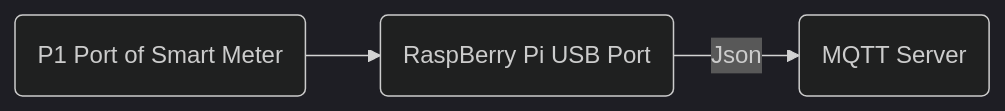
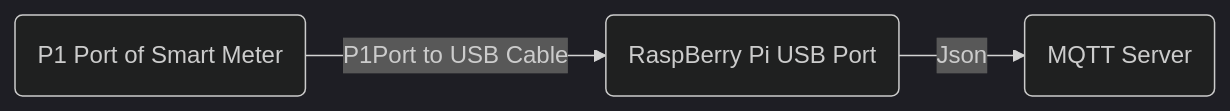
The diagram in README.md (cmyrsh/smartmeter-reader), drawn with Mermaid (dark theme) before and after one commit. The commit also changed other lines of this file, not shown here.

````diff
--- a/README.md
+++ b/README.md
@@ -10,8 +11,8 @@
 ```mermaid
  flowchart LR
     SmartMeter(P1 Port of Smart Meter)
     Pi(RaspBerry Pi USB Port)
     MQTT(MQTT Server)
-    SmartMeter --> Pi
+    SmartMeter -- P1Port to USB Cable --> Pi
     Pi -- Json --> MQTT
 ```
````
